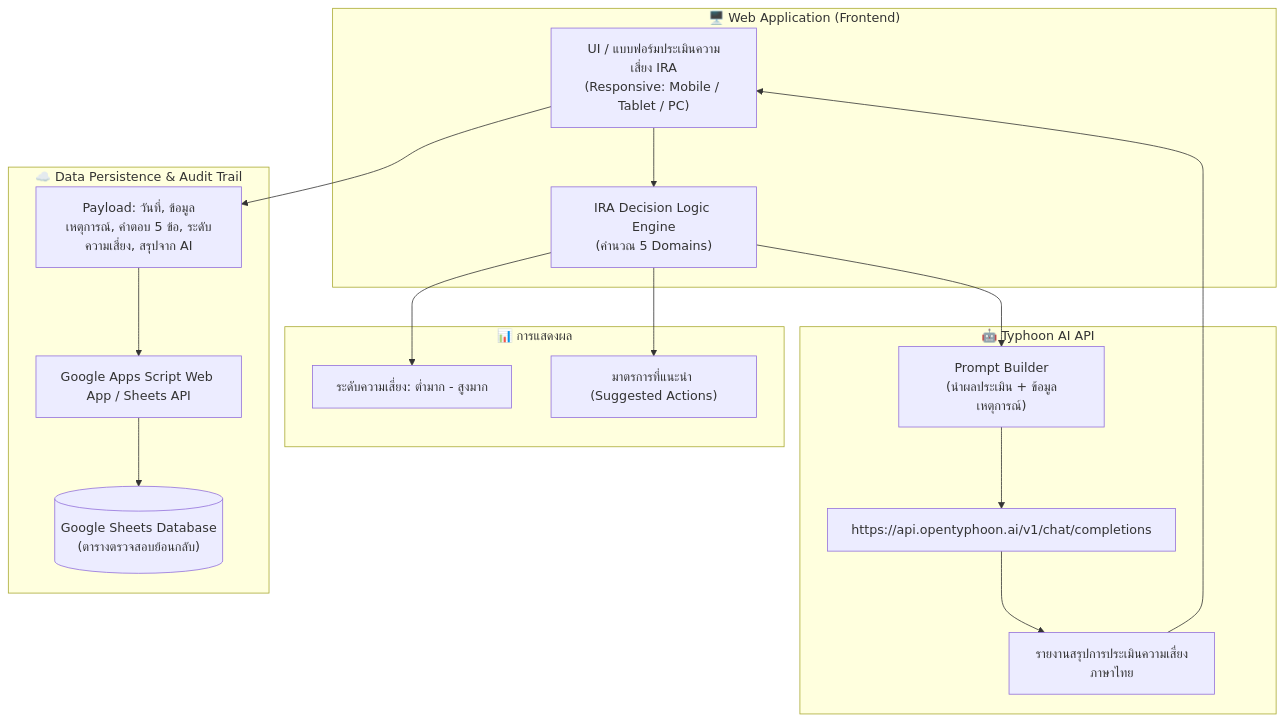
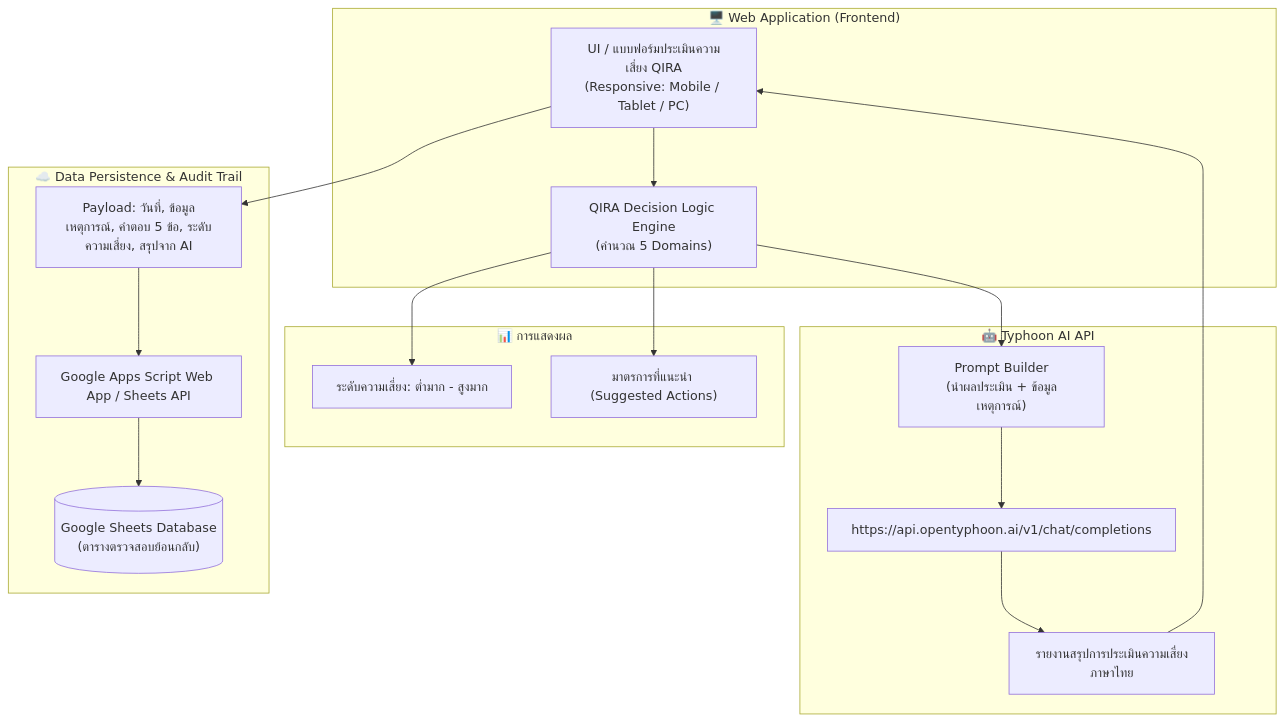
Before and after one commit to tuituiman/Risk_Assessment_Tools: the first of 2 diagrams in IRA_Risk_Assessment_System_Design.md, drawn with Mermaid. The commit also changed other lines of this file and 8 other files, not shown here.

Commit message:
feat(qira): rename application from IRA to QIRA and add dual reference dropdown

````diff
--- a/IRA_Risk_Assessment_System_Design.md
+++ b/IRA_Risk_Assessment_System_Design.md
@@ -17,34 +17,34 @@
 ```mermaid
 flowchart TD
     subgraph Client ["🖥️ Web Application (Frontend)"]
-        UI["UI / แบบฟอร์มประเมินความเสี่ยง IRA\n(Responsive: Mobile / Tablet / PC)"]
-        Engine["IRA Decision Logic Engine\n(คำนวณ 5 Domains)"]
+        UI["UI / แบบฟอร์มประเมินความเสี่ยง QIRA\n(Responsive: Mobile / Tablet / PC)"]
+        Engine["QIRA Decision Logic Engine\n(คำนวณ 5 Domains)"]
         UI --> Engine
     end
 
     subgraph Output ["📊 การแสดงผล"]
         RiskLevel["ระดับความเสี่ยง: ต่ำมาก - สูงมาก"]
         Actions["มาตรการที่แนะนำ (Suggested Actions)"]
         Engine --> RiskLevel
         Engine --> Actions
     end
 
     subgraph AI ["🤖 Typhoon AI API"]
         TyphoonReq["Prompt Builder\n(นำผลประเมิน + ข้อมูลเหตุการณ์)"]
         TyphoonEndpoint["https://api.opentyphoon.ai/v1/chat/completions"]
         AISummary["รายงานสรุปการประเมินความเสี่ยงภาษาไทย"]
         Engine --> TyphoonReq
         TyphoonReq --> TyphoonEndpoint
         TyphoonEndpoint --> AISummary
         AISummary --> UI
     end
 
     subgraph Storage ["☁️ Data Persistence & Audit Trail"]
         AuditPayload["Payload: วันที่, ข้อมูลเหตุการณ์, คำตอบ 5 ข้อ, ระดับความเสี่ยง, สรุปจาก AI"]
         AppsScript["Google Apps Script Web App / Sheets API"]
         GSheet[("Google Sheets Database\n(ตารางตรวจสอบย้อนกลับ)")]
         UI --> AuditPayload
         AuditPayload --> AppsScript
         AppsScript --> GSheet
     end
 ```
````
